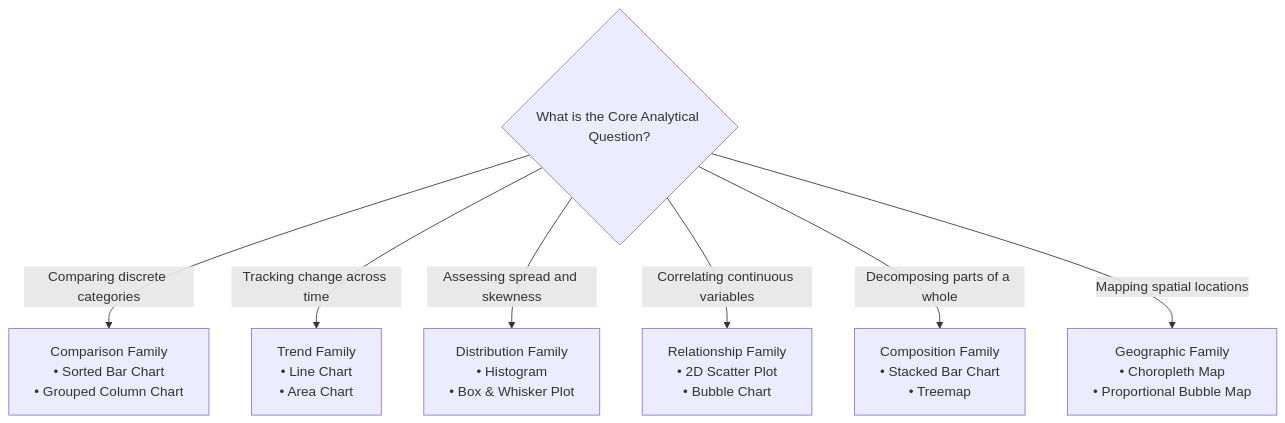
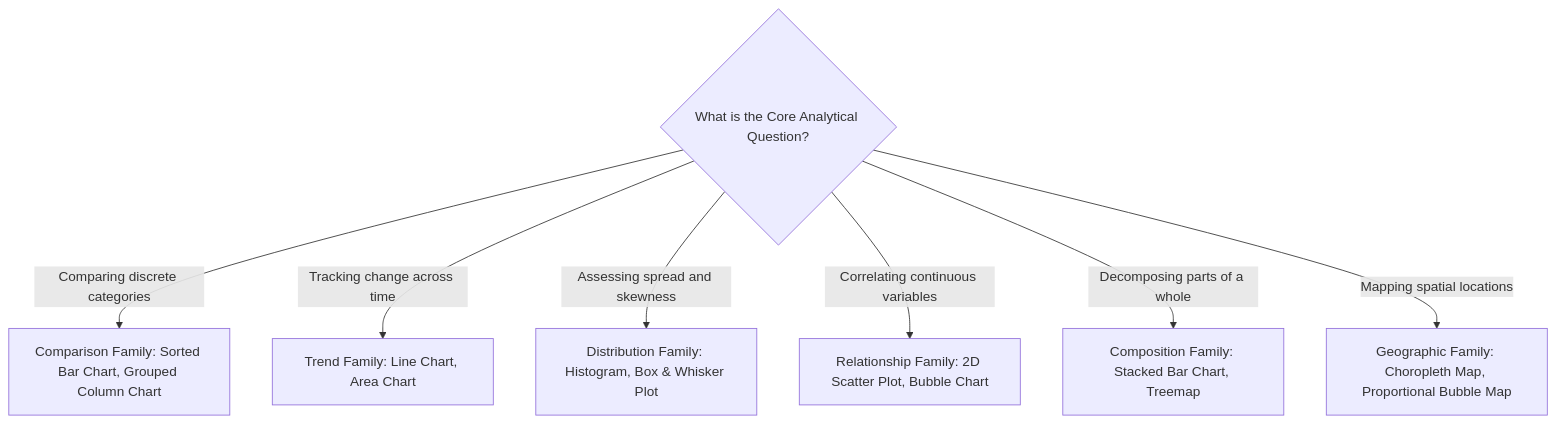
The sixth of 27 diagrams in notes/data_analysis/Unit_2_notes.md (DeepLumiere/DeepSkills), drawn with Mermaid before and after one commit. The commit also changed other lines of this file and 56 other files, not shown here.

````diff
--- a/notes/data_analysis/Unit_2_notes.md
+++ b/notes/data_analysis/Unit_2_notes.md
@@ -465,11 +465,11 @@
 ```mermaid
 flowchart TD
     Q{"What is the Core Analytical Question?"}
 
-    Q -->|"Comparing discrete categories"| FAM1["Comparison Family<br/>• Sorted Bar Chart<br/>• Grouped Column Chart"]
-    Q -->|"Tracking change across time"| FAM2["Trend Family<br/>• Line Chart<br/>• Area Chart"]
-    Q -->|"Assessing spread and skewness"| FAM3["Distribution Family<br/>• Histogram<br/>• Box & Whisker Plot"]
-    Q -->|"Correlating continuous variables"| FAM4["Relationship Family<br/>• 2D Scatter Plot<br/>• Bubble Chart"]
-    Q -->|"Decomposing parts of a whole"| FAM5["Composition Family<br/>• Stacked Bar Chart<br/>• Treemap"]
-    Q -->|"Mapping spatial locations"| FAM6["Geographic Family<br/>• Choropleth Map<br/>• Proportional Bubble Map"]
+    Q -->|"Comparing discrete categories"| FAM1["Comparison Family: Sorted Bar Chart, Grouped Column Chart"]
+    Q -->|"Tracking change across time"| FAM2["Trend Family: Line Chart, Area Chart"]
+    Q -->|"Assessing spread and skewness"| FAM3["Distribution Family: Histogram, Box & Whisker Plot"]
+    Q -->|"Correlating continuous variables"| FAM4["Relationship Family: 2D Scatter Plot, Bubble Chart"]
+    Q -->|"Decomposing parts of a whole"| FAM5["Composition Family: Stacked Bar Chart, Treemap"]
+    Q -->|"Mapping spatial locations"| FAM6["Geographic Family: Choropleth Map, Proportional Bubble Map"]
 ```
````
